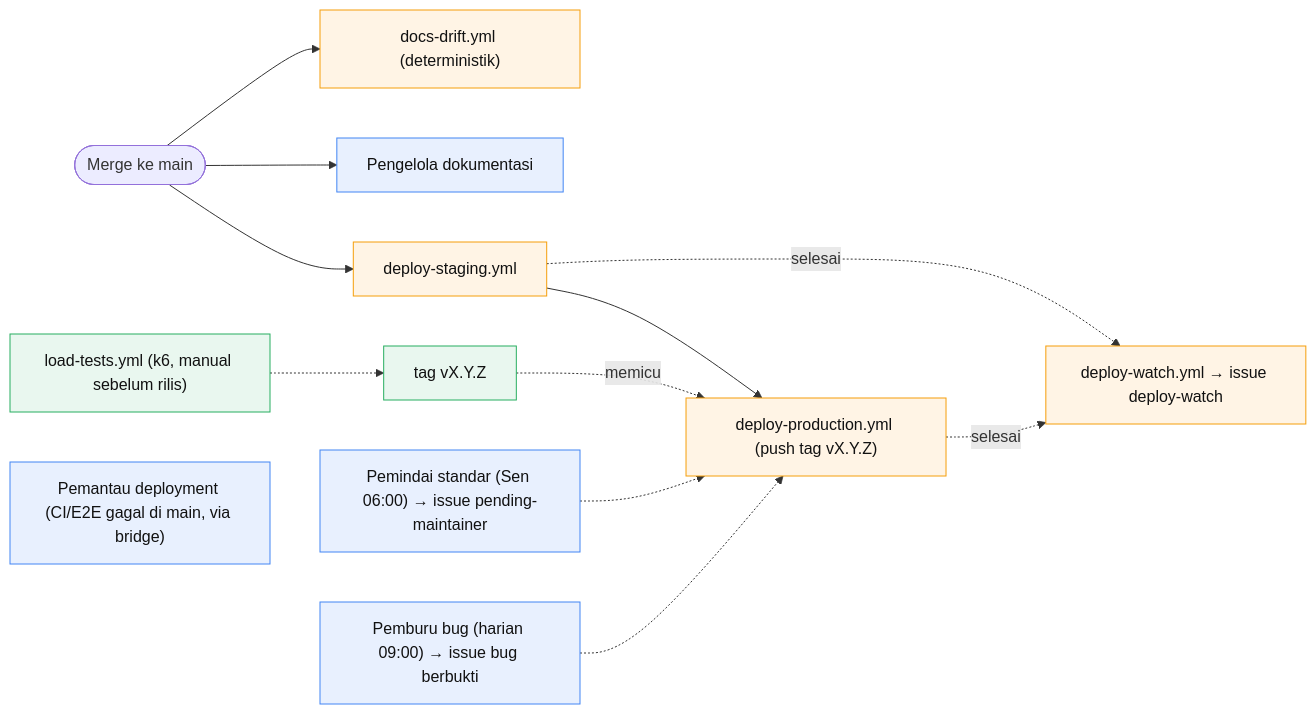
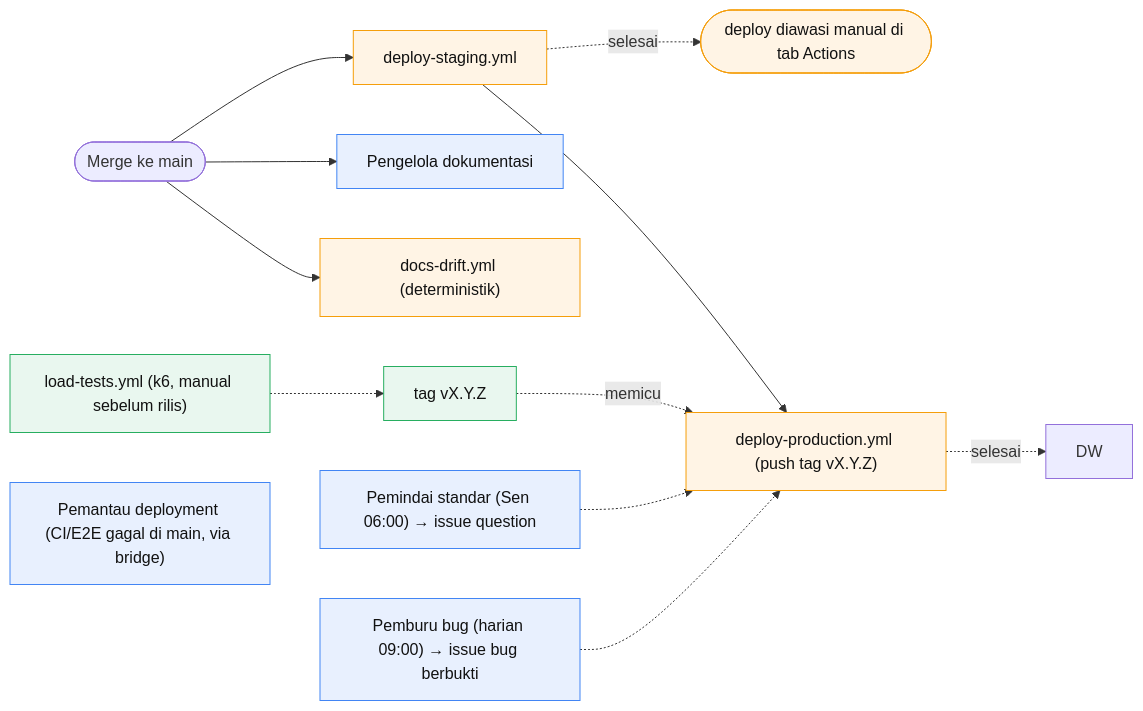
The fifth of 6 diagrams in docs/SDLC-FLOW.md (cipansor/cipansor), drawn with Mermaid before and after one commit. The commit also changed other lines of this file and 37 other files, not shown here.

First line of the commit message:
chore: retire needs-info/pending-maintainer/bot-implement, add per-type issue forms

````diff
--- a/docs/SDLC-FLOW.md
+++ b/docs/SDLC-FLOW.md
@@ -610,19 +601,19 @@
 ```mermaid
 flowchart LR
   classDef cloud fill:#e8f0fe,stroke:#4285f4,color:#111;
   classDef gh fill:#fff4e5,stroke:#f59e0b,color:#111;
   classDef human fill:#e9f7ef,stroke:#27ae60,color:#111;
 
   MG([Merge ke main]) --> C3["docs-drift.yml (deterministik)"]:::gh
   MG --> C14["Pengelola dokumentasi"]:::cloud
   MG --> STG["deploy-staging.yml"]:::gh
   STG --> PROD["deploy-production.yml (push tag vX.Y.Z)"]:::gh
 
-  STG -. selesai .-> DW["deploy-watch.yml → issue deploy-watch"]:::gh
+  STG -. selesai .-> DWI(["deploy diawasi manual di tab Actions"]):::gh
   PROD -. selesai .-> DW
   LT["load-tests.yml (k6, manual sebelum rilis)"]:::human -.-> TAGV["tag vX.Y.Z"]:::human
   C12["Pemantau deployment (CI/E2E gagal di main, via bridge)"]:::cloud
   TAGV -. "memicu" .-> PROD
-  C20["Pemindai standar (Sen 06:00) → issue pending-maintainer"]:::cloud -.-> PROD
+  C20["Pemindai standar (Sen 06:00) → issue question"]:::cloud -.-> PROD
   C19["Pemburu bug (harian 09:00) → issue bug berbukti"]:::cloud -.-> PROD
 ```
````
